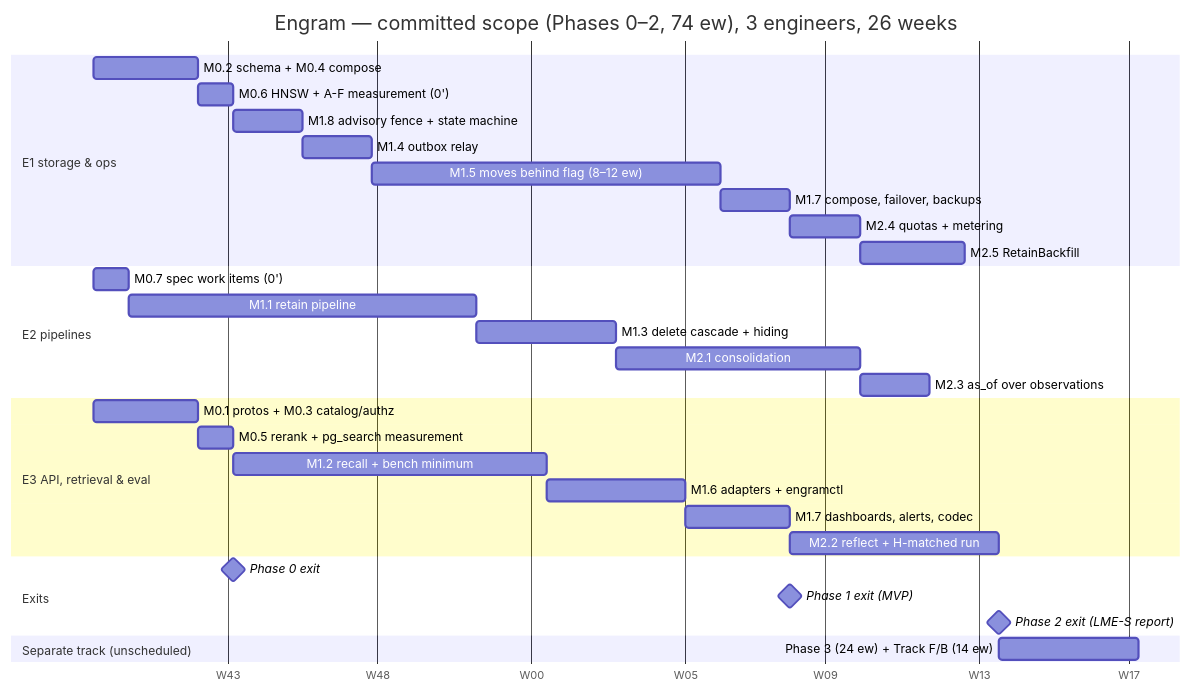
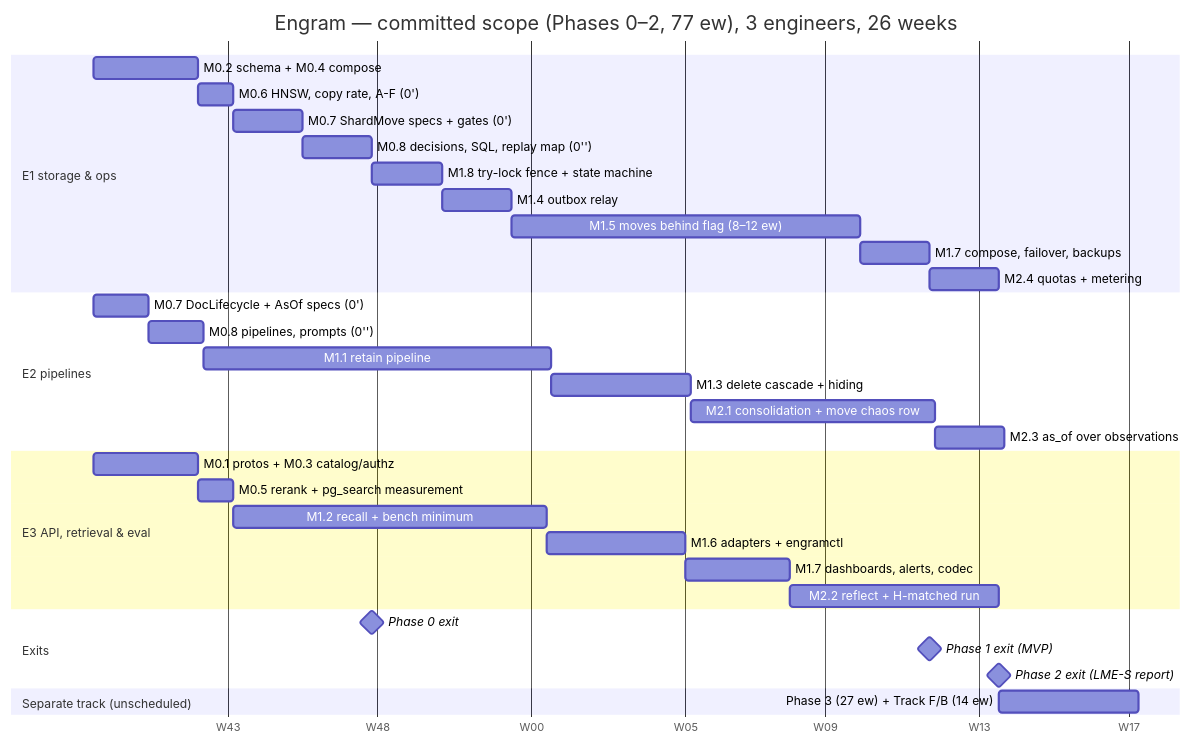
One commit to gstamatakis95/agent-memory-benchmark changed the diagram in plans/engram/sections/10-roadmap.md. Above: the diagram before and after it, drawn with Mermaid. The commit also changed other lines of this file and 20 other files, not shown here.

````diff
--- a/plans/engram/sections/10-roadmap.md
+++ b/plans/engram/sections/10-roadmap.md
@@ -125,34 +137,36 @@
 ```mermaid
 gantt
-  title Engram — committed scope (Phases 0–2, 74 ew), 3 engineers, 26 weeks
+  title Engram — committed scope (Phases 0–2, 77 ew), 3 engineers, 26 weeks
   dateFormat  YYYY-MM-DD
   axisFormat  W%W
   section E1 storage & ops
   M0.2 schema + M0.4 compose            :e1a, 2026-10-05, 3w
-  M0.6 HNSW + A-F measurement (0')      :e1b, after e1a, 1w
-  M1.8 advisory fence + state machine   :e1c, after e1b, 2w
-  M1.4 outbox relay                     :e1d, after e1c, 2w
-  M1.5 moves behind flag (8–12 ew)      :e1e, after e1d, 10w
-  M1.7 compose, failover, backups       :e1f, after e1e, 2w
-  M2.4 quotas + metering                :e1g, after e1f, 2w
-  M2.5 RetainBackfill                   :e1h, after e1g, 3w
+  M0.6 HNSW, copy rate, A-F (0')        :e1b, after e1a, 1w
+  M0.7 ShardMove specs + gates (0')     :e1c, after e1b, 2w
+  M0.8 decisions, SQL, replay map (0'') :e1d, after e1c, 2w
+  M1.8 try-lock fence + state machine   :e1e, after e1d, 2w
+  M1.4 outbox relay                     :e1f, after e1e, 2w
+  M1.5 moves behind flag (8–12 ew)      :e1g, after e1f, 10w
+  M1.7 compose, failover, backups       :e1h, after e1g, 2w
+  M2.4 quotas + metering                :e1i, after e1h, 2w
   section E2 pipelines
-  M0.7 spec work items (0')             :e2a, 2026-10-05, 1w
-  M1.1 retain pipeline                  :e2b, after e2a, 10w
-  M1.3 delete cascade + hiding          :e2c, after e2b, 4w
-  M2.1 consolidation                    :e2d, after e2c, 7w
-  M2.3 as_of over observations          :e2e, after e2d, 2w
+  M0.7 DocLifecycle + AsOf specs (0')   :e2a, 2026-10-05, 11d
+  M0.8 pipelines, prompts (0'')         :e2b, after e2a, 11d
+  M1.1 retain pipeline                  :e2c, after e2b, 10w
+  M1.3 delete cascade + hiding          :e2d, after e2c, 4w
+  M2.1 consolidation + move chaos row   :e2e, after e2d, 7w
+  M2.3 as_of over observations          :e2f, after e2e, 2w
   section E3 API, retrieval & eval
   M0.1 protos + M0.3 catalog/authz      :e3a, 2026-10-05, 3w
   M0.5 rerank + pg_search measurement   :e3b, after e3a, 1w
   M1.2 recall + bench minimum           :e3c, after e3b, 9w
   M1.6 adapters + engramctl             :e3d, after e3c, 4w
   M1.7 dashboards, alerts, codec        :e3e, after e3d, 3w
   M2.2 reflect + H-matched run          :e3f, after e3e, 6w
   section Exits
-  Phase 0 exit                          :milestone, after e1b, 0d
-  Phase 1 exit (MVP)                    :milestone, after e1f, 0d
+  Phase 0 exit                          :milestone, after e1d, 0d
+  Phase 1 exit (MVP)                    :milestone, after e1h, 0d
   Phase 2 exit (LME-S report)           :milestone, after e3f, 0d
   section Separate track (unscheduled)
-  Phase 3 (24 ew) + Track F/B (14 ew)   :sep, after e3f, 4w
+  Phase 3 (27 ew) + Track F/B (14 ew)   :sep, after e3f, 4w
 ```
````
